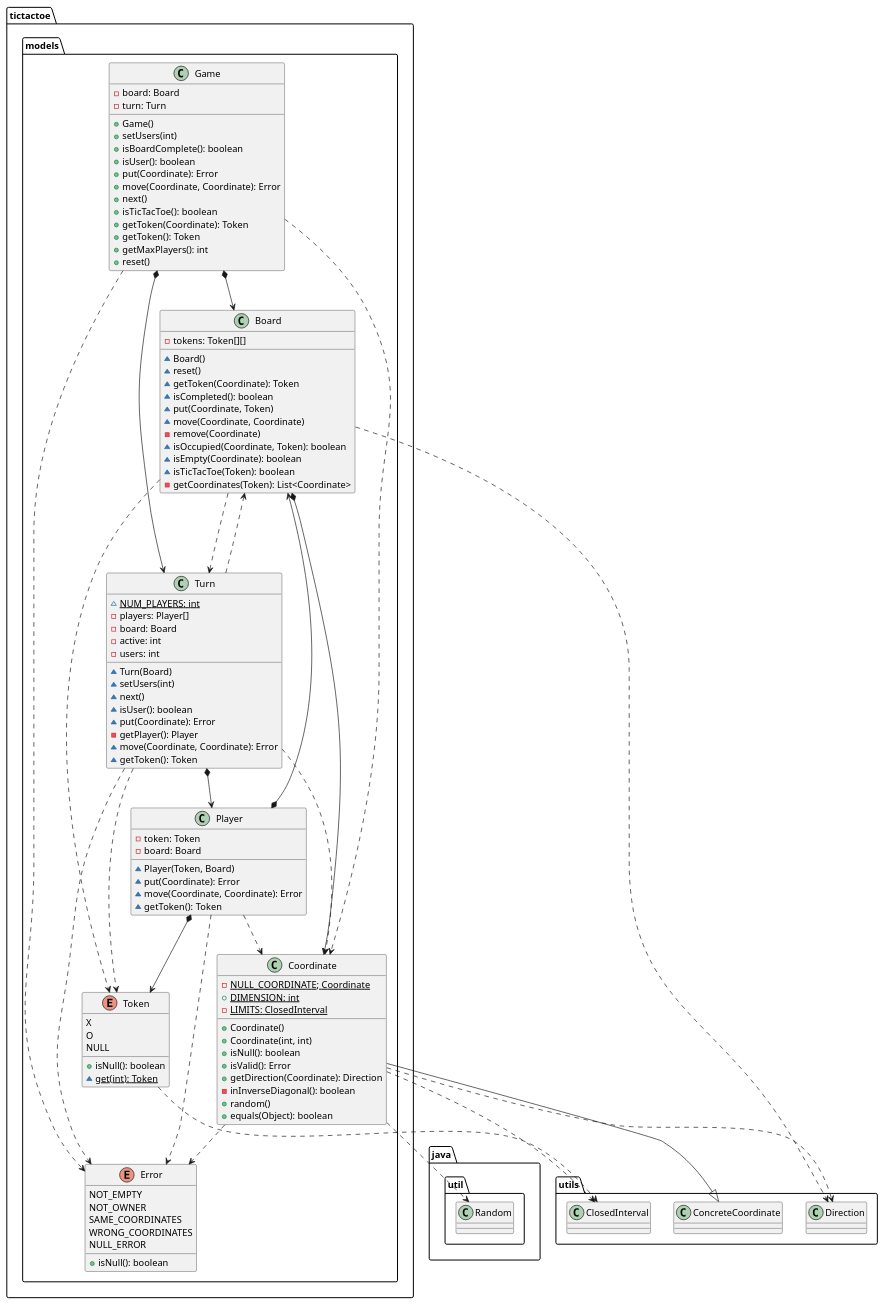
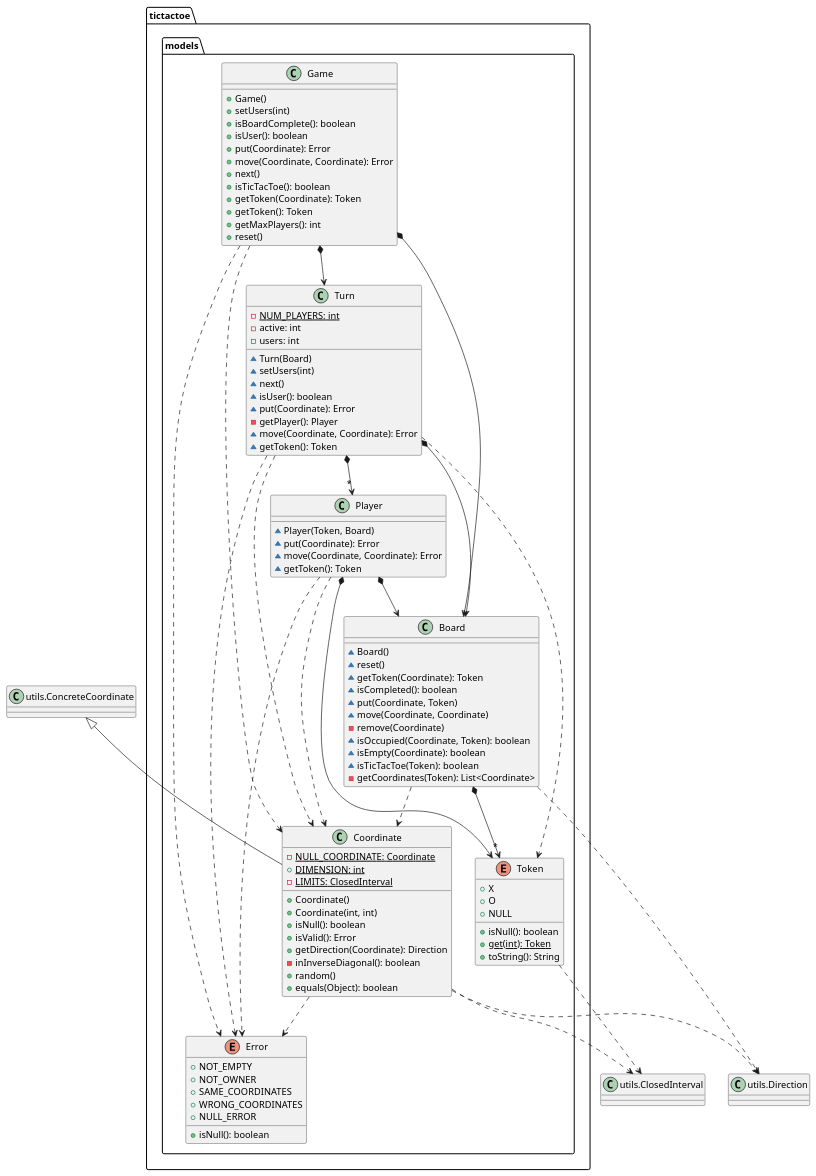
The third of 4 diagrams in documentView/console/docs/diagrams/src/paquetes.plantuml (Jolucaa/USantaTecla-project-ticTacToe), drawn with PlantUML before and after one commit. The commit also changed other lines of this file and 5 other files, not shown here.

```diff
--- a/documentView/console/docs/diagrams/src/paquetes.plantuml
+++ b/documentView/console/docs/diagrams/src/paquetes.plantuml
@@ -124,115 +124,111 @@
 @startuml tictactoe.models
+class Direction as "utils.Direction"{}
+class ConcreteCoordinate as "utils.ConcreteCoordinate"{}
+class ClosedInterval as "utils.ClosedInterval"{}
+
 class  tictactoe.models.Board{
-- tokens: Token[][]
 ~ Board()
 ~ reset()
 ~ getToken(Coordinate): Token
 ~ isCompleted(): boolean
 ~ put(Coordinate, Token)
 ~ move(Coordinate, Coordinate)
 - remove(Coordinate)
 ~ isOccupied(Coordinate, Token): boolean
 ~ isEmpty(Coordinate): boolean
 ~ isTicTacToe(Token): boolean
 - getCoordinates(Token): List<Coordinate>
 }
-tictactoe.models.Board *-down-> tictactoe.models.Coordinate
-tictactoe.models.Board ..> tictactoe.models.Token
-tictactoe.models.Board ..> tictactoe.models.Turn
-tictactoe.models.Board ..> utils.Direction
+tictactoe.models.Board ..> tictactoe.models.Coordinate
+tictactoe.models.Board *-down-> "*" tictactoe.models.Token
+tictactoe.models.Board ..> Direction
 
 class  tictactoe.models.Coordinate{
-- {static} NULL_COORDINATE; Coordinate
+- {static} NULL_COORDINATE: Coordinate
 + {static} DIMENSION: int
 - {static} LIMITS: ClosedInterval
 + Coordinate()
 + Coordinate(int, int)
 + isNull(): boolean
 + isValid(): Error
 + getDirection(Coordinate): Direction
 - inInverseDiagonal(): boolean
 + random()
 + equals(Object): boolean
 }
-utils.ConcreteCoordinate <|-down- tictactoe.models.Coordinate
+ConcreteCoordinate <|-down- tictactoe.models.Coordinate
 tictactoe.models.Coordinate ..> tictactoe.models.Error
-tictactoe.models.Coordinate ..> utils.Direction
-tictactoe.models.Coordinate ..> utils.ClosedInterval
-tictactoe.models.Coordinate ..> java.util.Random
+tictactoe.models.Coordinate ..> Direction
+tictactoe.models.Coordinate ..> ClosedInterval
 
 enum  tictactoe.models.Error{
-NOT_EMPTY
-NOT_OWNER
-SAME_COORDINATES
-WRONG_COORDINATES
-NULL_ERROR
++ NOT_EMPTY
++ NOT_OWNER
++ SAME_COORDINATES
++ WRONG_COORDINATES
++ NULL_ERROR
 + isNull(): boolean
 }
 
 class  tictactoe.models.Game{
-- board: Board
-- turn: Turn
 + Game()
 + setUsers(int)
 + isBoardComplete(): boolean
 + isUser(): boolean
 + put(Coordinate): Error
 + move(Coordinate, Coordinate): Error
 + next()
 + isTicTacToe(): boolean
 + getToken(Coordinate): Token
 + getToken(): Token
 + getMaxPlayers(): int
 + reset()
 }
 tictactoe.models.Game *-down-> tictactoe.models.Board
 tictactoe.models.Game *-down-> tictactoe.models.Turn
 tictactoe.models.Game ..> tictactoe.models.Coordinate
 tictactoe.models.Game ..> tictactoe.models.Error
 
 class  tictactoe.models.Player{
-- token: Token
-- board: Board
 ~ Player(Token, Board)
 ~ put(Coordinate): Error
 ~ move(Coordinate, Coordinate): Error
 ~ getToken(): Token
 }
 tictactoe.models.Player *-down-> tictactoe.models.Token
 tictactoe.models.Player *-down-> tictactoe.models.Board
 tictactoe.models.Player ..> tictactoe.models.Coordinate
 tictactoe.models.Player ..> tictactoe.models.Error
 
 enum  tictactoe.models.Token{
-X
-O
-NULL
++ X
++ O
++ NULL
 + isNull(): boolean
-~ {static} get(int): Token
++ {static} get(int): Token
++ toString(): String
 }
 
-tictactoe.models.Token ..> utils.ClosedInterval
+tictactoe.models.Token ..> ClosedInterval
 
 class  tictactoe.models.Turn{
-~ {static} NUM_PLAYERS: int
-- players: Player[]
-- board: Board
+- {static} NUM_PLAYERS: int
 - active: int
 - users: int
 ~ Turn(Board)
 ~ setUsers(int)
 ~ next()
 ~ isUser(): boolean
 ~ put(Coordinate): Error
 - getPlayer(): Player
 ~ move(Coordinate, Coordinate): Error
 ~ getToken(): Token
 }
 
-tictactoe.models.Turn *-down-> tictactoe.models.Player
-tictactoe.models.Turn ..down-> tictactoe.models.Board
+tictactoe.models.Turn *-down-> "*" tictactoe.models.Player
+tictactoe.models.Turn *-down-> tictactoe.models.Board
 tictactoe.models.Turn ..down-> tictactoe.models.Token
 tictactoe.models.Turn ..down-> tictactoe.models.Coordinate
 tictactoe.models.Turn ..down-> tictactoe.models.Error
 
 @enduml
```
